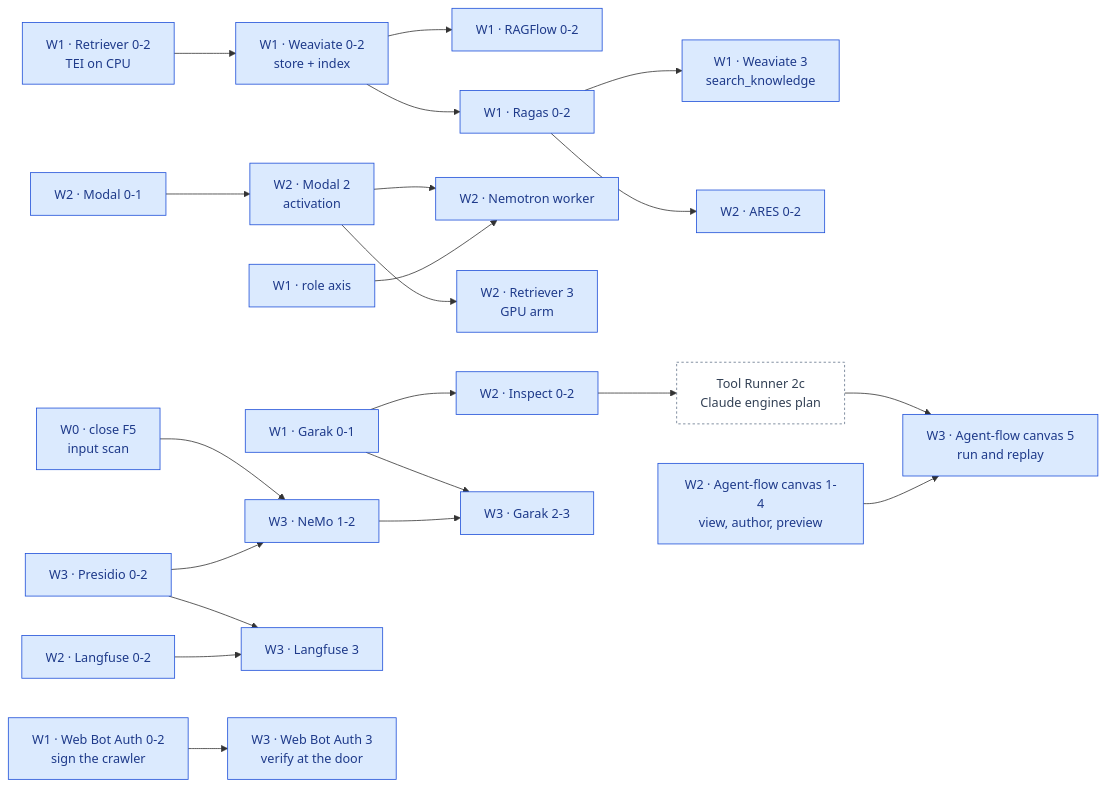
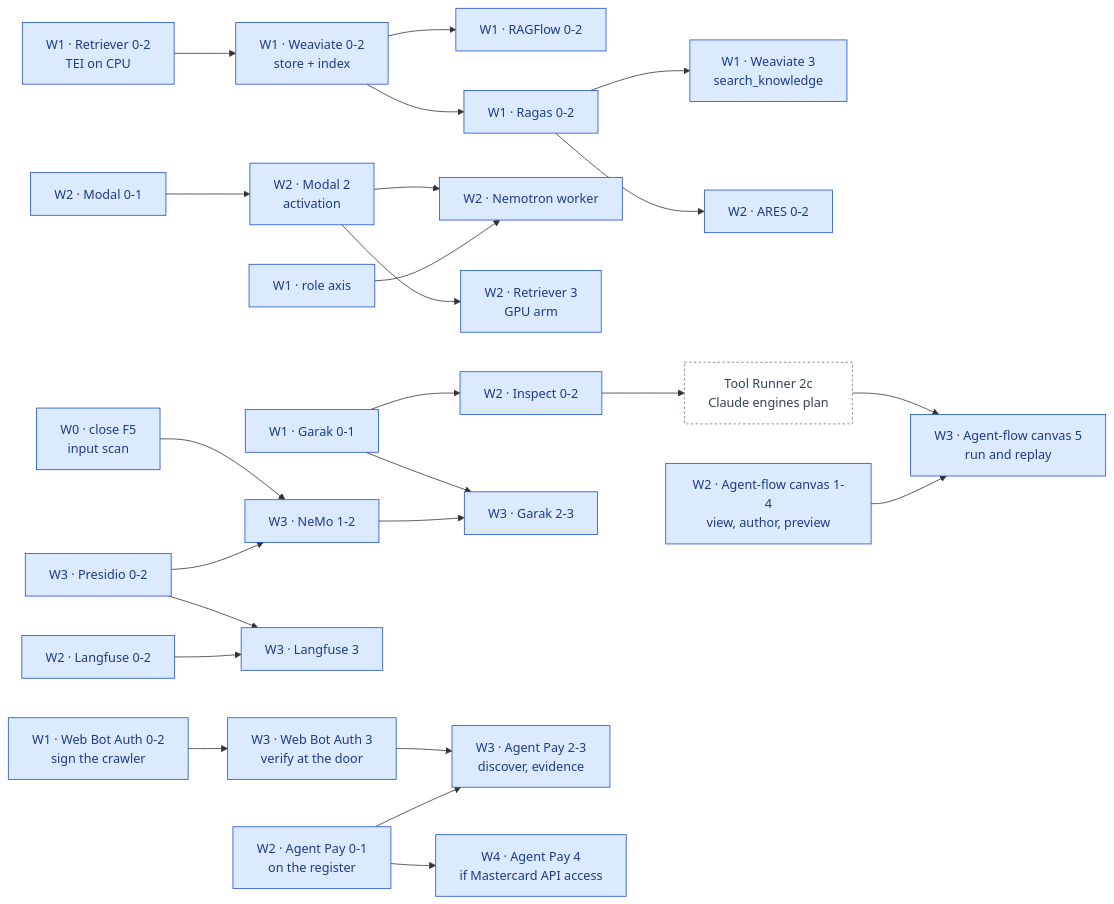
The fourth of 5 diagrams in docs/ai-architecture-roadmap.md (RodnaPamet/inflect-compliance), drawn with Mermaid before and after one commit. The commit also changed other lines of this file and 4 other files, not shown here.

````diff
--- a/docs/ai-architecture-roadmap.md
+++ b/docs/ai-architecture-roadmap.md
@@ -478,51 +491,57 @@
 ```mermaid
 flowchart LR
   F5["W0 · close F5<br/>input scan"]:::todo
   RT1["W1 · Retriever 0-2<br/>TEI on CPU"]:::todo
   WV2["W1 · Weaviate 0-2<br/>store + index"]:::todo
   RF2["W1 · RAGFlow 0-2"]:::todo
   RA2["W1 · Ragas 0-2"]:::todo
   WV3["W1 · Weaviate 3<br/>search_knowledge"]:::todo
   AR2["W2 · ARES 0-2"]:::todo
   GA1["W1 · Garak 0-1"]:::todo
   MD1["W2 · Modal 0-1"]:::todo
   MD2["W2 · Modal 2<br/>activation"]:::todo
   RX1["W1 · role axis"]:::todo
   NW2["W2 · Nemotron worker"]:::todo
   RT3["W2 · Retriever 3<br/>GPU arm"]:::todo
   IS2["W2 · Inspect 0-2"]:::todo
   TR2C["Tool Runner 2c<br/>Claude engines plan"]:::ext
   AF1["W2 · Agent-flow canvas 1-4<br/>view, author, preview"]:::todo
   AF4["W3 · Agent-flow canvas 5<br/>run and replay"]:::todo
   LU2["W2 · Langfuse 0-2"]:::todo
   PR2["W3 · Presidio 0-2"]:::todo
   NG2["W3 · NeMo 1-2"]:::todo
   LU3["W3 · Langfuse 3"]:::todo
   GA2["W3 · Garak 2-3"]:::todo
   WB2["W1 · Web Bot Auth 0-2<br/>sign the crawler"]:::todo
   WB3["W3 · Web Bot Auth 3<br/>verify at the door"]:::todo
+  AP1["W2 · Agent Pay 0-1<br/>on the register"]:::todo
+  AP3["W3 · Agent Pay 2-3<br/>discover, evidence"]:::todo
+  AP4["W4 · Agent Pay 4<br/>if Mastercard API access"]:::todo
 
   RT1 --> WV2
   WV2 --> RF2
   WV2 --> RA2
   RA2 --> WV3
   RA2 --> AR2
   MD1 --> MD2
   MD2 --> NW2
   MD2 --> RT3
   RX1 --> NW2
   GA1 --> IS2
   IS2 --> TR2C
   TR2C --> AF4
   AF1 --> AF4
   F5 --> NG2
   PR2 --> NG2
   PR2 --> LU3
   LU2 --> LU3
   GA1 --> GA2
   NG2 --> GA2
   WB2 --> WB3
+  WB3 --> AP3
+  AP1 --> AP3
+  AP1 --> AP4
 
   classDef todo fill:#dbeafe,stroke:#1d4ed8,color:#1e3a8a
   classDef ext fill:#ffffff,stroke:#64748b,color:#334155,stroke-dasharray:3 3
 ```
````
